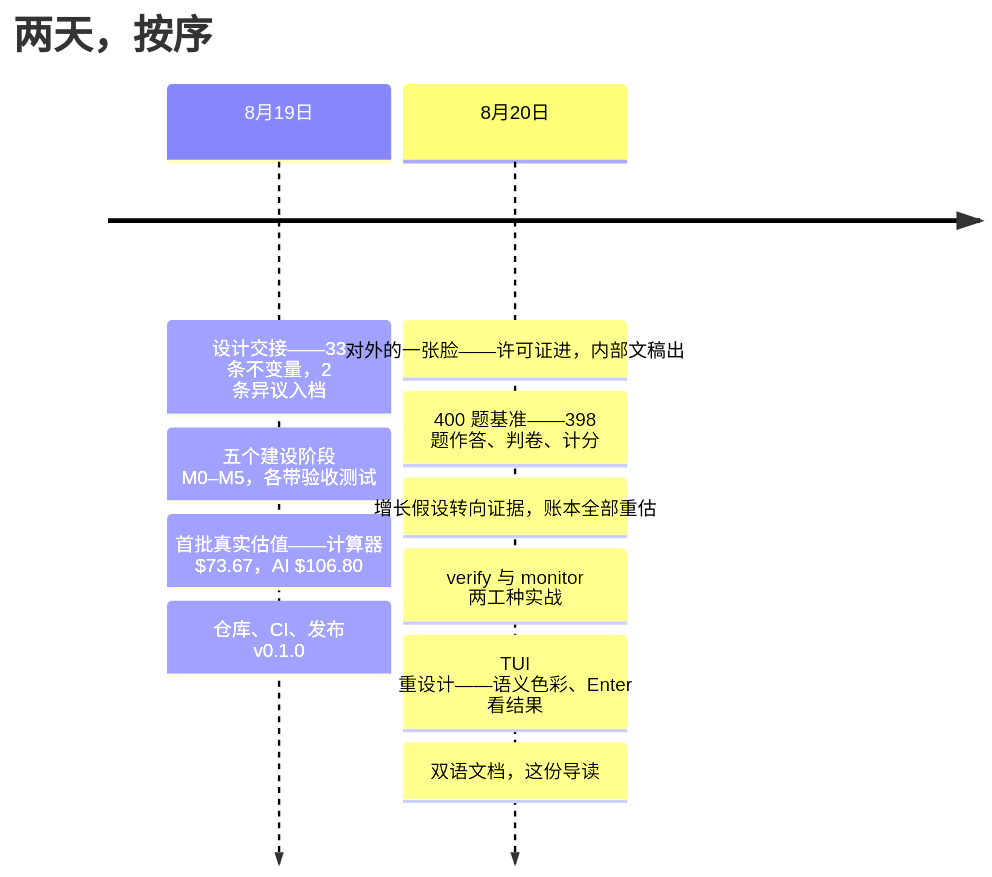
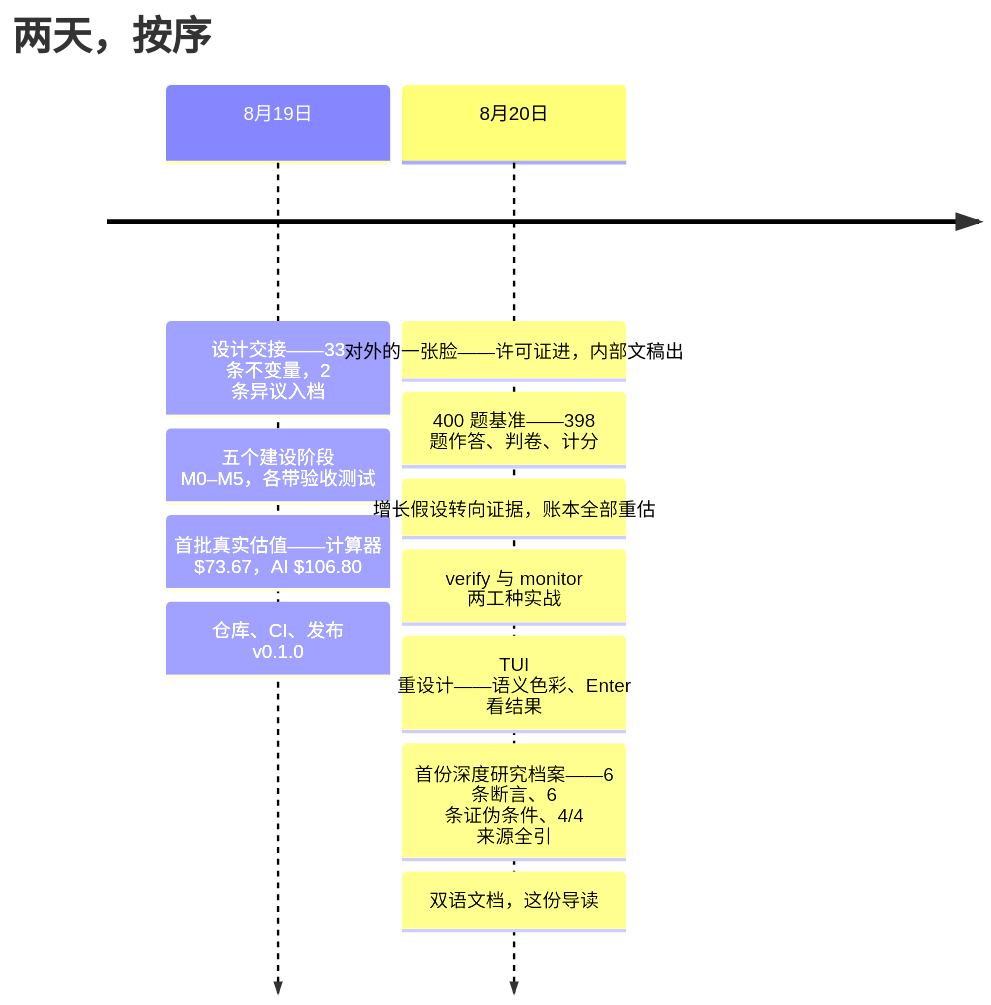
One commit to dmquant/rein-pub changed the third of 4 diagrams in docs/STORY.zh-CN.md. Above: the diagram before and after it, drawn with Mermaid. The commit also changed other lines of this file and 1 other file, not shown here.

````diff
--- a/docs/STORY.zh-CN.md
+++ b/docs/STORY.zh-CN.md
@@ -158,14 +158,15 @@
 ```mermaid
 timeline
     title 两天，按序
     8月19日 : 设计交接——33 条不变量，2 条异议入档
             : 五个建设阶段 M0–M5，各带验收测试
             : 首批真实估值——计算器 $73.67，AI $106.80
             : 仓库、CI、发布 v0.1.0
     8月20日 : 对外的一张脸——许可证进，内部文稿出
             : 400 题基准——398 题作答、判卷、计分
             : 增长假设转向证据，账本全部重估
             : verify 与 monitor 两工种实战
             : TUI 重设计——语义色彩、Enter 看结果
+            : 首份深度研究档案——6 条断言、6 条证伪条件、4/4 来源全引
             : 双语文档，这份导读
 ```
````
